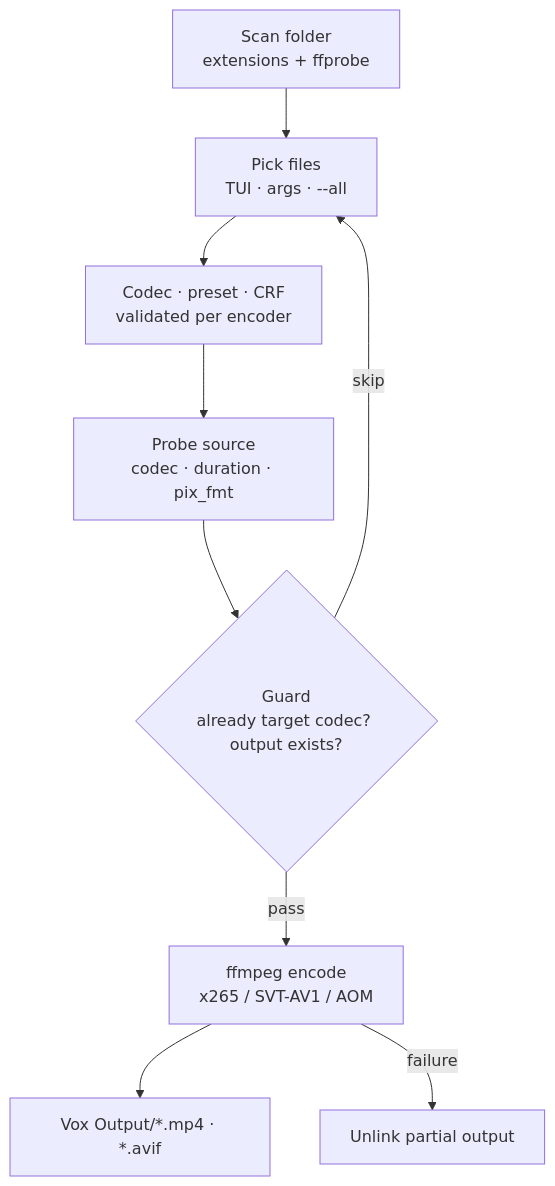
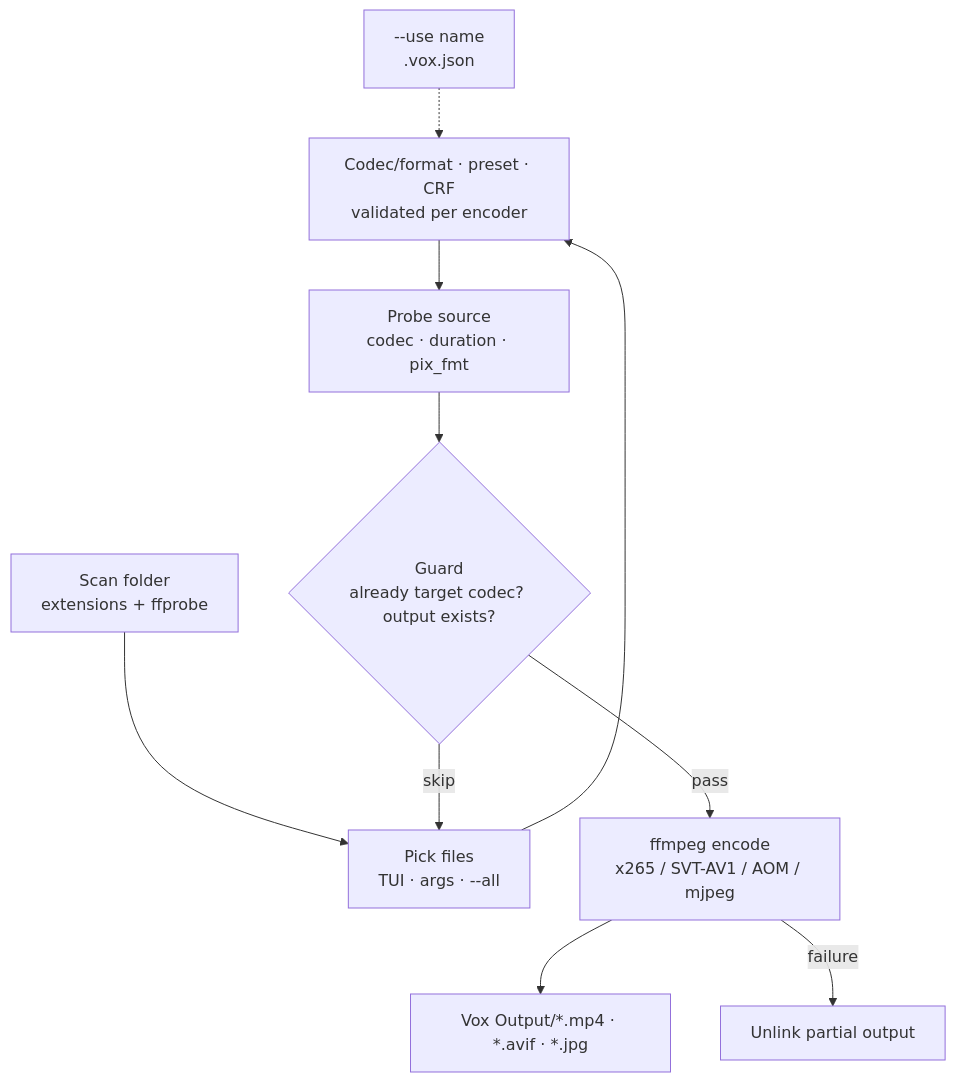
One commit to FirozChauhan/ArchUtils changed the diagram in Vox/README.md. Above: the diagram before and after it, drawn with Mermaid. The commit also changed other lines of this file and 4 other files, not shown here.

Commit message:
tdm tweaks, vox template preset

````diff
--- a/Vox/README.md
+++ b/Vox/README.md
@@ -88,11 +124,12 @@
 ```mermaid
 flowchart TD
+    P[--use name<br/>.vox.json] -.-> C
     A[Scan folder<br/>extensions + ffprobe] --> B[Pick files<br/>TUI · args · --all]
-    B --> C[Codec · preset · CRF<br/>validated per encoder]
+    B --> C[Codec/format · preset · CRF<br/>validated per encoder]
     C --> D[Probe source<br/>codec · duration · pix_fmt]
     D --> E{Guard<br/>already target codec? output exists?}
     E -- skip --> B
-    E -- pass --> F[ffmpeg encode<br/>x265 / SVT-AV1 / AOM]
-    F --> G[Vox Output/*.mp4 · *.avif]
+    E -- pass --> F[ffmpeg encode<br/>x265 / SVT-AV1 / AOM / mjpeg]
+    F --> G[Vox Output/*.mp4 · *.avif · *.jpg]
     F -- failure --> H[Unlink partial output]
 ```
````
